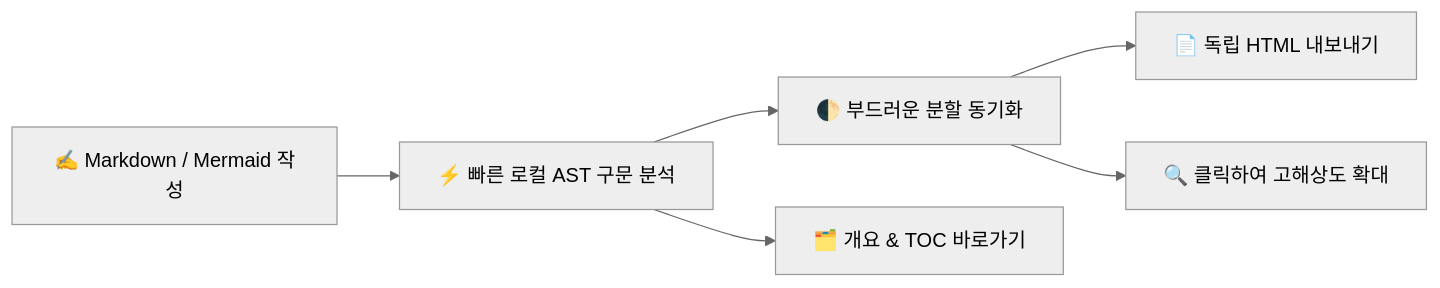
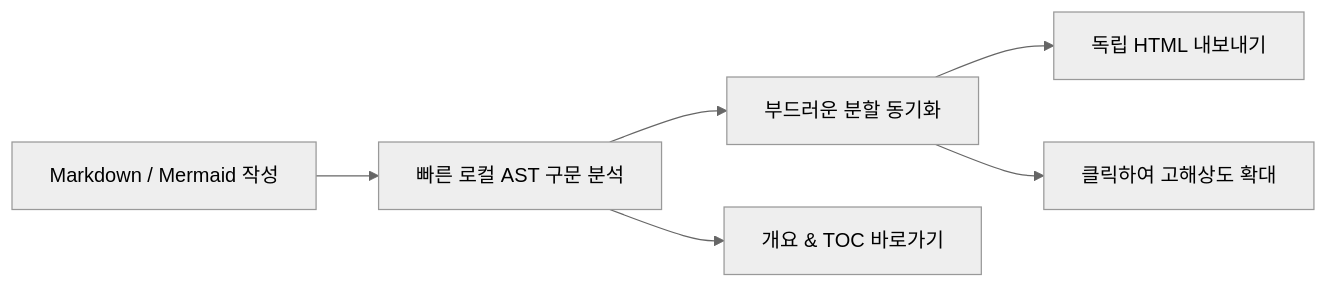
Before and after one commit to 2716190547/zmark: the diagram in crates/zmark_app/assets/welcome/ko.md, drawn with Mermaid (neutral theme). The commit also changed other lines of this file and 9 other files, not shown here.

````diff
--- a/crates/zmark_app/assets/welcome/ko.md
+++ b/crates/zmark_app/assets/welcome/ko.md
@@ -84,8 +84,8 @@
 ```mermaid
 flowchart LR
-    Write["✍️ Markdown / Mermaid 작성"] --> Parse["⚡️ 빠른 로컬 AST 구문 분석"]
-    Parse --> Split["🌓 부드러운 분할 동기화"]
-    Parse --> Outline["🗂️ 개요 & TOC 바로가기"]
-    Split --> Export["📄 독립 HTML 내보내기"]
-    Split --> Lightbox["🔍 클릭하여 고해상도 확대"]
+    Write["Markdown / Mermaid 작성"] --> Parse["빠른 로컬 AST 구문 분석"]
+    Parse --> Split["부드러운 분할 동기화"]
+    Parse --> Outline["개요 & TOC 바로가기"]
+    Split --> Export["독립 HTML 내보내기"]
+    Split --> Lightbox["클릭하여 고해상도 확대"]
 ```
````
